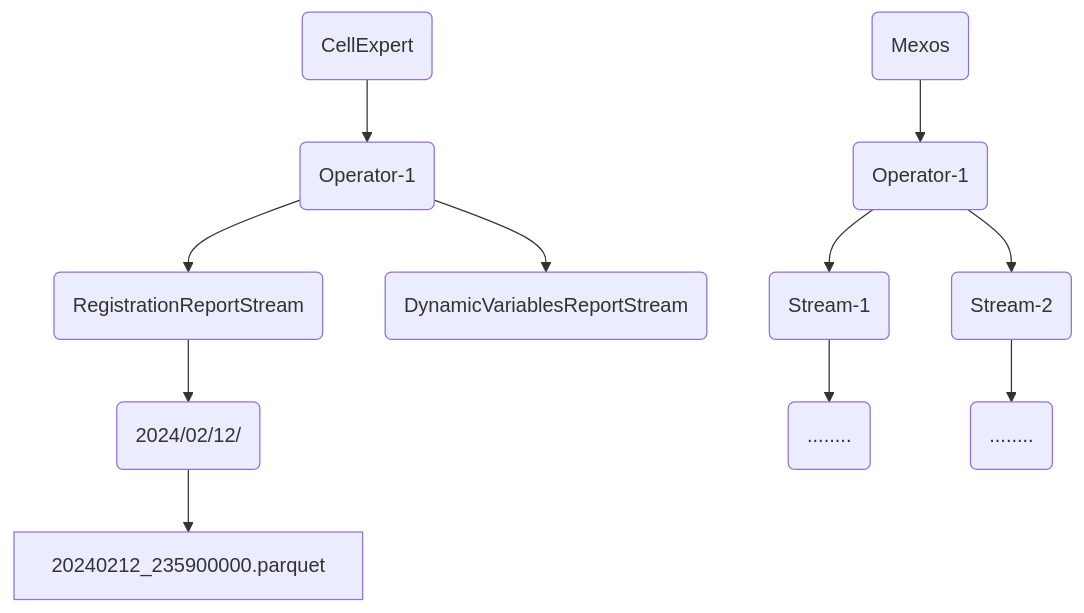
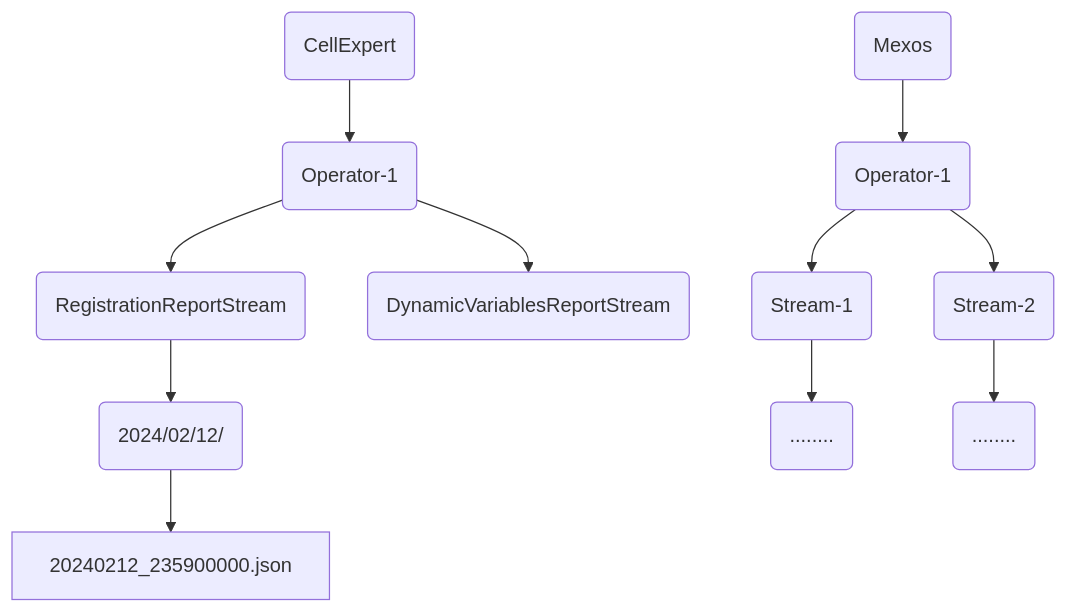
Before and after one commit to peddadap/design_templates: the second of 14 diagrams in README.md, drawn with Mermaid. The commit also changed other lines of this file and 2 other files, not shown here.

Commit message:
added recovery flows

````diff
--- a/README.md
+++ b/README.md
@@ -110,16 +110,16 @@
 ```mermaid
 graph TD
     A(CellExpert)
     A -->B(Operator-1)
     C(Mexos) -->C1.1(Operator-1)
     B --> D(RegistrationReportStream)
     B --> E(DynamicVariablesReportStream)
     D --> I(2024/02/12/)
-    I --> L[20240212_235900000.parquet]
+    I --> L[20240212_235900000.json]
     C1.1 --> F(Stream-1)
     C1.1 --> G(Stream-2)
     F --> H( ........)
     G --> J( ........)
 
 
 ```
````
